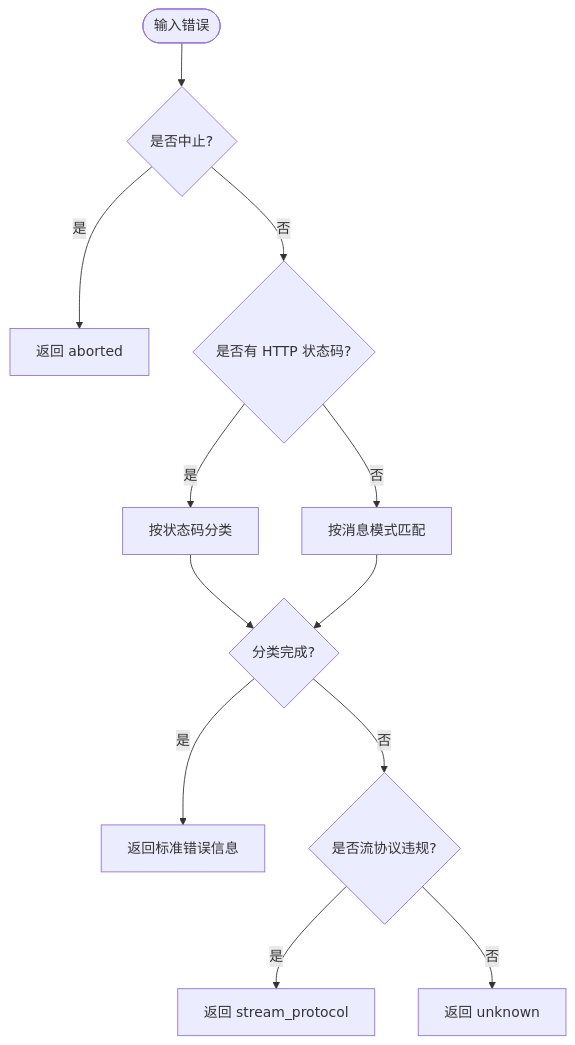
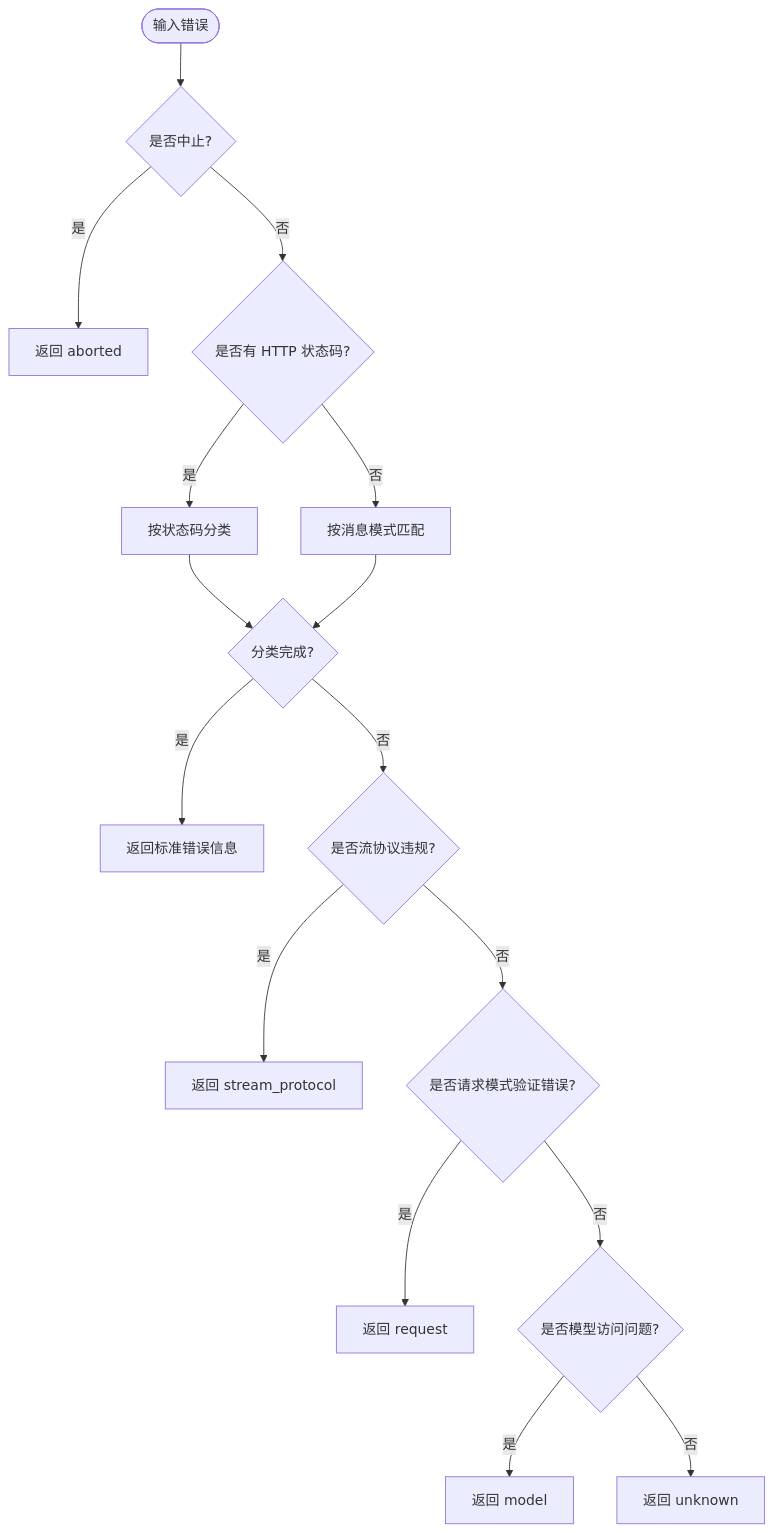
Before and after one commit to haolange/RDC-Agent: the third of 7 diagrams in .qoder/repowiki/zh/content/扩展开发/自定义 Provider 开发/错误恢复策略.md, drawn with Mermaid. The commit also changed other lines of this file and 208 other files, not shown here.

````diff
--- a/.qoder/repowiki/zh/content/扩展开发/自定义 Provider 开发/错误恢复策略.md
+++ b/.qoder/repowiki/zh/content/扩展开发/自定义 Provider 开发/错误恢复策略.md
@@ -163,14 +177,18 @@
 ```mermaid
 flowchart TD
 Start(["输入错误"]) --> CheckAbort{"是否中止?"}
 CheckAbort --> |是| Aborted["返回 aborted"]
 CheckAbort --> |否| CheckHTTP{"是否有 HTTP 状态码?"}
 CheckHTTP --> |是| ClassifyHTTP["按状态码分类"]
 CheckHTTP --> |否| PatternMatch["按消息模式匹配"]
 ClassifyHTTP --> Result{"分类完成?"}
 PatternMatch --> Result
 Result --> |是| Return["返回标准错误信息"]
 Result --> |否| StreamCheck{"是否流协议违规?"}
 StreamCheck --> |是| StreamErr["返回 stream_protocol"]
-StreamCheck --> |否| Fallback["返回 unknown"]
+StreamCheck --> |否| RequestCheck{"是否请求模式验证错误?"}
+RequestCheck --> |是| RequestErr["返回 request"]
+RequestCheck --> |否| ModelCheck{"是否模型访问问题?"}
+ModelCheck --> |是| ModelErr["返回 model"]
+ModelCheck --> |否| Fallback["返回 unknown"]
 ```
````
